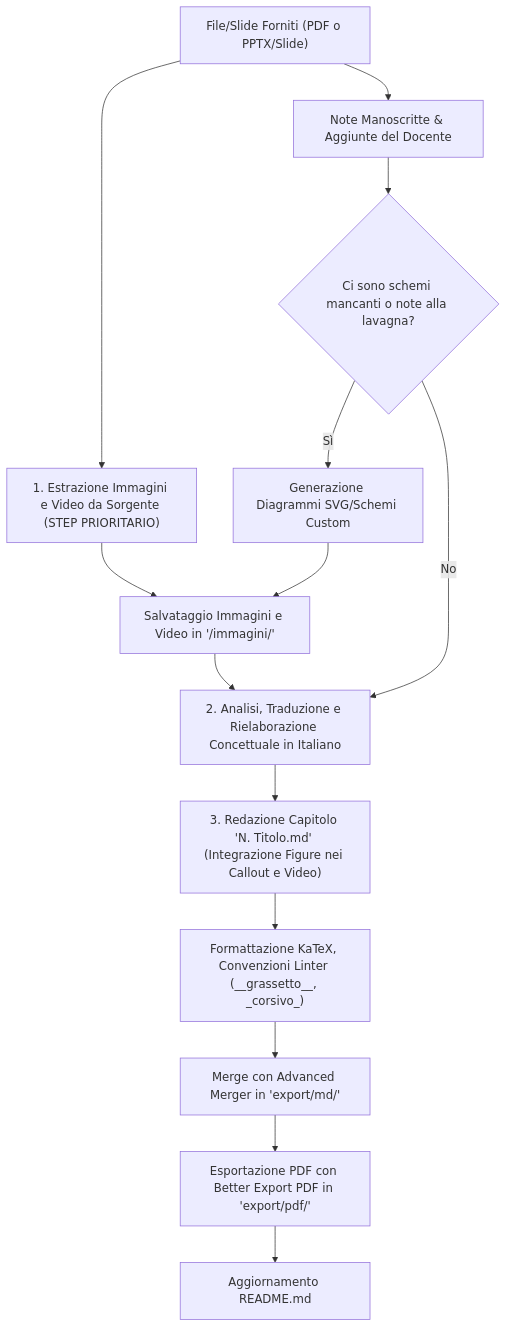
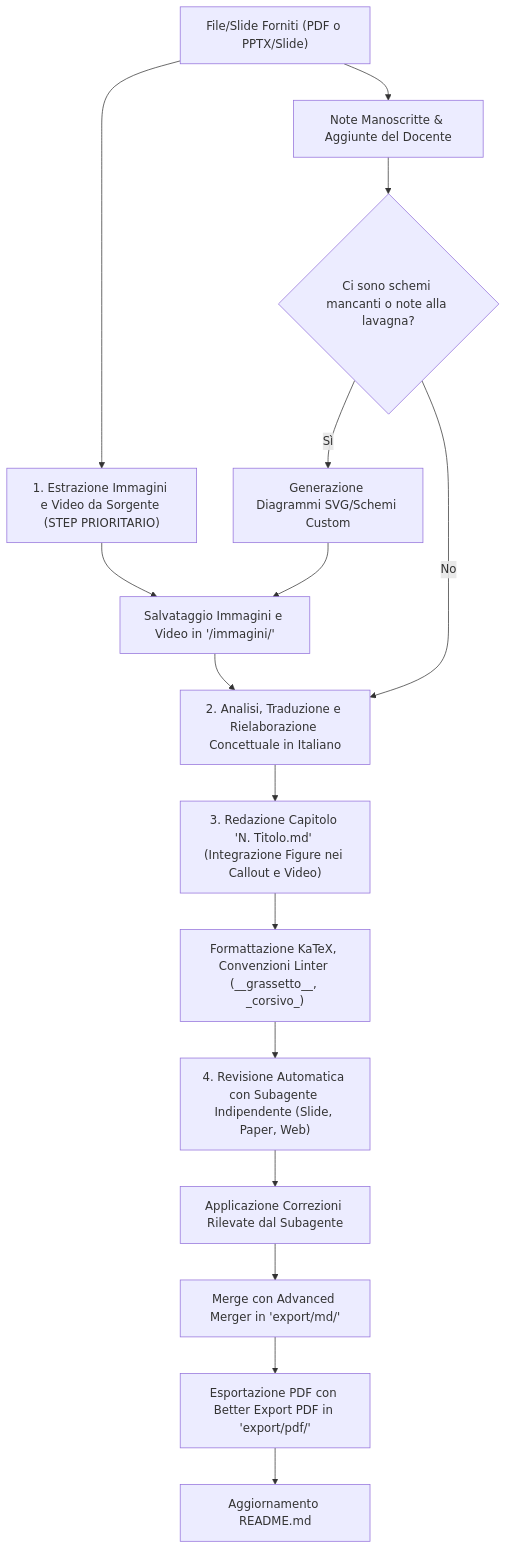
The diagram in STRUTTURA_E_GUIDA_APPUNTI.md (michelevantaggi02/Magistrale), drawn with Mermaid before and after one commit. The commit also changed other lines of this file and 170 other files, not shown here.

````diff
--- a/STRUTTURA_E_GUIDA_APPUNTI.md
+++ b/STRUTTURA_E_GUIDA_APPUNTI.md
@@ -374,16 +388,18 @@
 ```mermaid
 flowchart TD
     A["File/Slide Forniti (PDF o PPTX/Slide)"] --> B["1. Estrazione Immagini e Video da Sorgente (STEP PRIORITARIO)"]
     B --> C["Salvataggio Immagini e Video in '<Materia>/immagini/'"]
     A --> D["Note Manoscritte & Aggiunte del Docente"]
     D --> E{"Ci sono schemi mancanti o note alla lavagna?"}
     E -- "Sì" --> F["Generazione Diagrammi SVG/Schemi Custom"]
     F --> C
     E -- "No" --> G["2. Analisi, Traduzione e Rielaborazione Concettuale in Italiano"]
     C --> G
     G --> H["3. Redazione Capitolo 'N. Titolo.md' (Integrazione Figure nei Callout e Video)"]
     H --> I["Formattazione KaTeX, Convenzioni Linter (__grassetto__, _corsivo_)"]
-    I --> L["Merge con Advanced Merger in 'export/md/'"]
+    I --> R["4. Revisione Automatica con Subagente Indipendente (Slide, Paper, Web)"]
+    R --> S["Applicazione Correzioni Rilevate dal Subagente"]
+    S --> L["Merge con Advanced Merger in 'export/md/'"]
     L --> M["Esportazione PDF con Better Export PDF in 'export/pdf/'"]
     M --> N["Aggiornamento README.md"]
 ```
````
